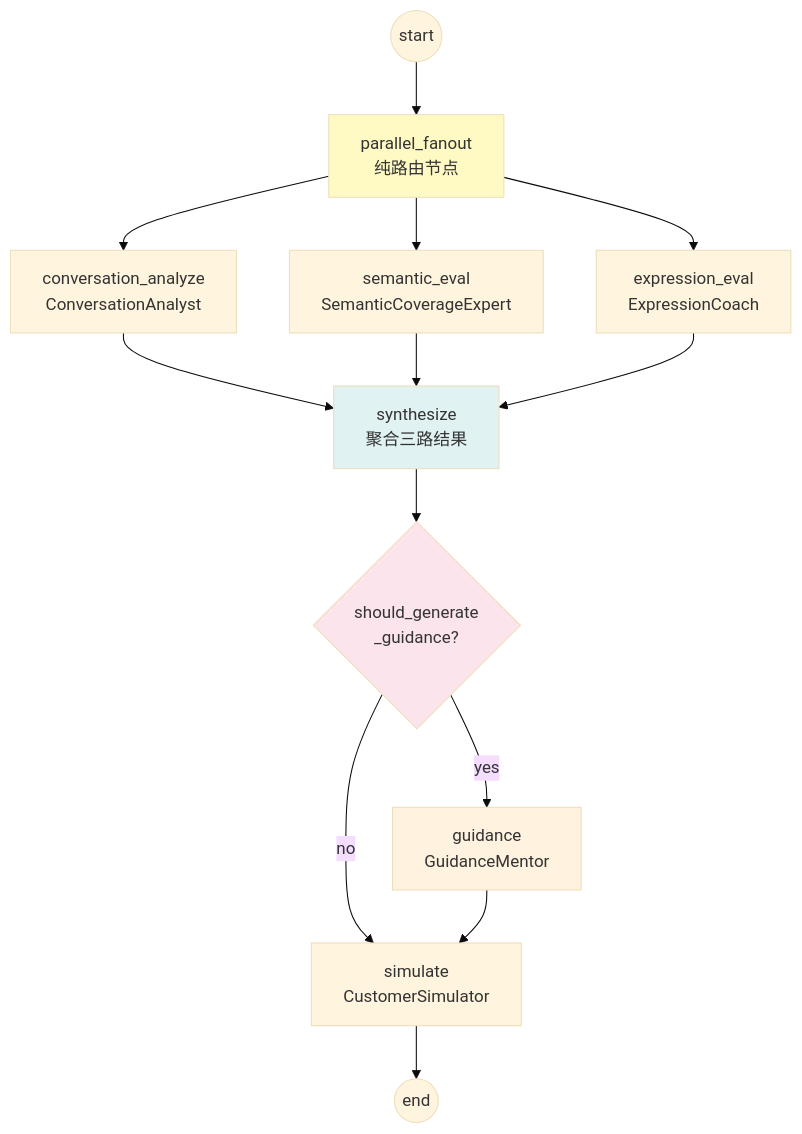
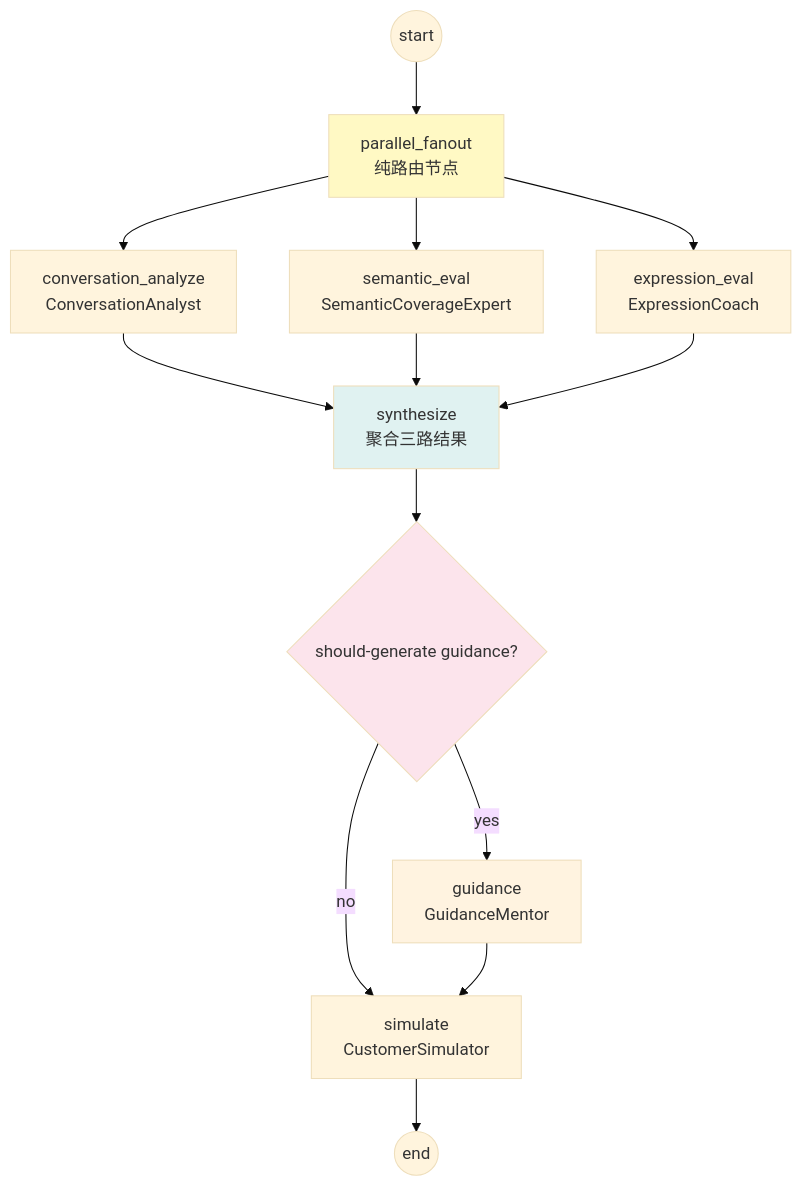
Before and after one commit to xt765/UMU-Sales-Trainer: the fifth of 10 diagrams in README.md, drawn with Mermaid (base theme). The commit also changed other lines of this file and 1 other file, not shown here.

Commit message:
fix: remove ALL remaining underscores from mermaid diagrams and stateDiagrams for Gitee compatibility

````diff
--- a/README.md
+++ b/README.md
@@ -347,25 +347,25 @@
 ```mermaid
 graph TD
     START((start)) --> FANOUT[parallel_fanout<br/>纯路由节点]
 
     FANOUT --> CA[conversation_analyze<br/>ConversationAnalyst]
     FANOUT --> SE[semantic_eval<br/>SemanticCoverageExpert]
     FANOUT --> EE[expression_eval<br/>ExpressionCoach]
 
     CA --> SYN[synthesize<br/>聚合三路结果]
     SE --> SYN
     EE --> SYN
 
-    SYN --> ROUTE{should_generate<br>_guidance?}
+    SYN --> ROUTE{"should-generate guidance?"}
 
     ROUTE -->|yes| GUID[guidance<br/>GuidanceMentor]
     ROUTE -->|no| SIM[simulate<br/>CustomerSimulator]
 
     GUID --> SIM
     SIM --> END((end))
 
     style FANOUT fill:#fff9c4
     style SYN fill:#e0f2f1
     style ROUTE fill:#fce4ec
     style GUID fill:#fff3e0
 ```
````
